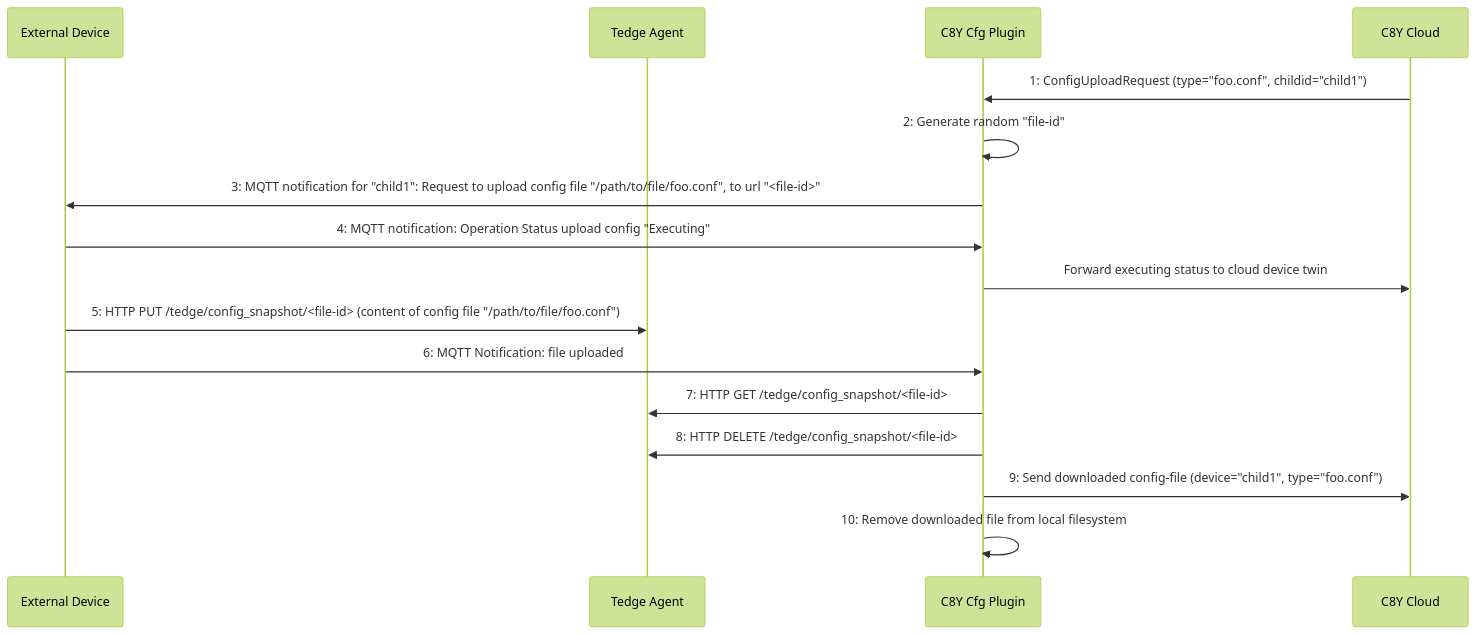
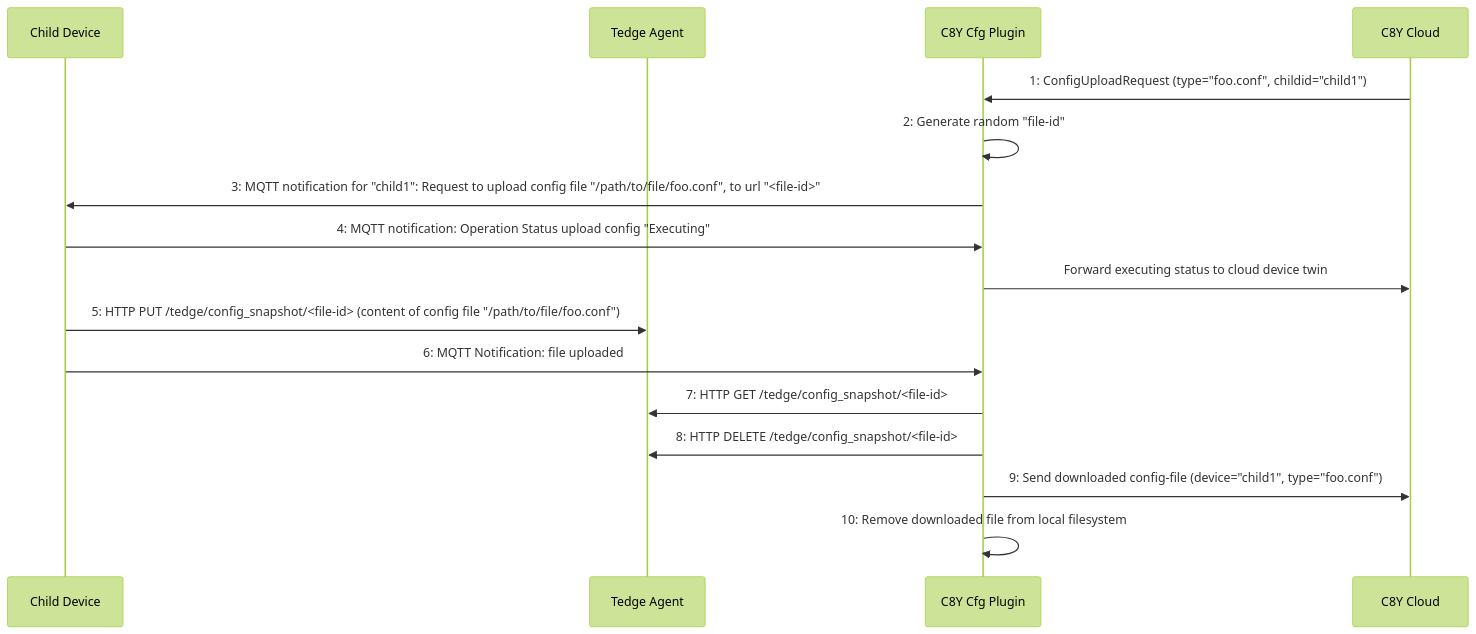
One commit to thin-edge/thin-edge.io changed the first of 2 diagrams in docs/src/references/c8y-configuration-management.md. Above: the diagram before and after it, drawn with Mermaid (forest theme). The commit also changed other lines of this file, not shown here.

Commit message:
Replace 'External Device' with 'Child Device'

````diff
--- a/docs/src/references/c8y-configuration-management.md
+++ b/docs/src/references/c8y-configuration-management.md
@@ -300,24 +300,24 @@
 ```mermaid
 sequenceDiagram
-    participant External Device
+    participant Child Device
     participant Tedge Agent
     participant C8Y Cfg Plugin
     participant C8Y Cloud
 
         C8Y Cloud->>C8Y Cfg Plugin: 1: ConfigUploadRequest (type="foo.conf", childid="child1")
         C8Y Cfg Plugin->>C8Y Cfg Plugin: 2: Generate random "file-id"
-        C8Y Cfg Plugin->>External Device: 3: MQTT notification for "child1": Request to upload config file "/path/to/file/foo.conf", to url "<file-id>" 
+        C8Y Cfg Plugin->>Child Device: 3: MQTT notification for "child1": Request to upload config file "/path/to/file/foo.conf", to url "<file-id>" 
 
-        External Device->>C8Y Cfg Plugin: 4: MQTT notification: Operation Status upload config "Executing" 
+        Child Device->>C8Y Cfg Plugin: 4: MQTT notification: Operation Status upload config "Executing" 
         C8Y Cfg Plugin->>C8Y Cloud: Forward executing status to cloud device twin
 
-        External Device->>Tedge Agent: 5: HTTP PUT /tedge/config_snapshot/<file-id> (content of config file "/path/to/file/foo.conf")
+        Child Device->>Tedge Agent: 5: HTTP PUT /tedge/config_snapshot/<file-id> (content of config file "/path/to/file/foo.conf")
 
-        External Device->>C8Y Cfg Plugin: 6: MQTT Notification: file uploaded
+        Child Device->>C8Y Cfg Plugin: 6: MQTT Notification: file uploaded
         
         C8Y Cfg Plugin->>Tedge Agent: 7: HTTP GET /tedge/config_snapshot/<file-id>
         C8Y Cfg Plugin->>Tedge Agent: 8: HTTP DELETE /tedge/config_snapshot/<file-id>
         C8Y Cfg Plugin->>C8Y Cloud: 9: Send downloaded config-file (device="child1", type="foo.conf") 
 
         C8Y Cfg Plugin->>C8Y Cfg Plugin: 10: Remove downloaded file from local filesystem
 ```
````
